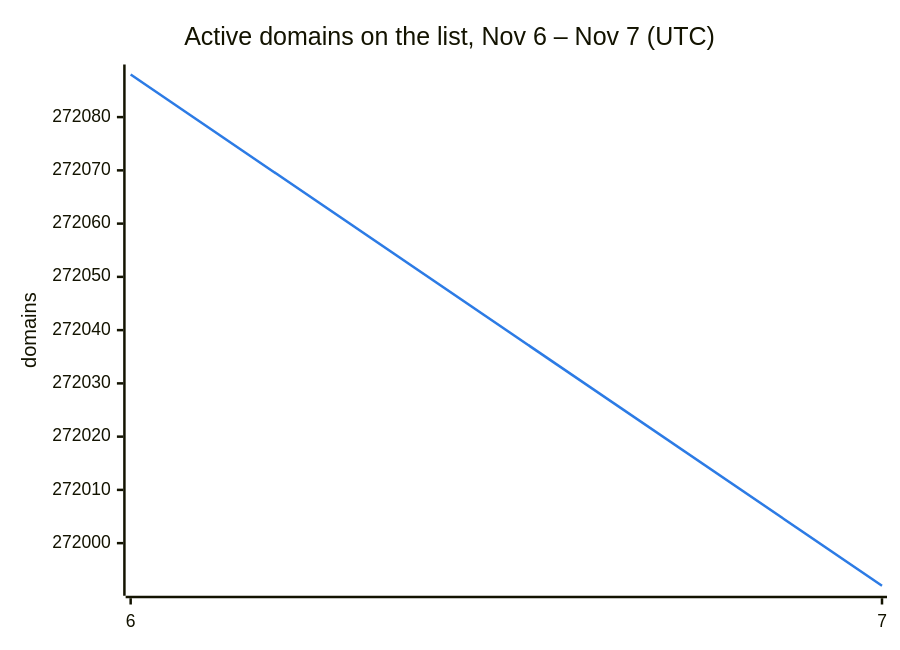
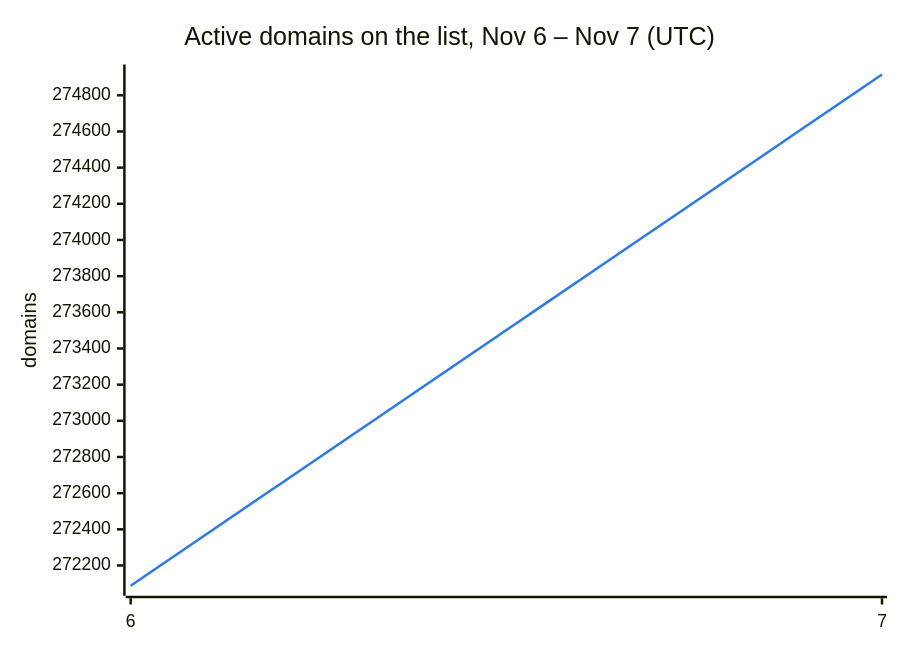
The second of 3 diagrams in README.md (DNSBunker/CTI), drawn with Mermaid before and after one commit. The commit also changed other lines of this file and 3 other files, not shown here.

````diff
--- a/README.md
+++ b/README.md
@@ -38,8 +38,8 @@
 ```mermaid
 %%{init: {"themeVariables": {"xyChart": {"plotColorPalette": "#2c7be5"}}}}%%
 xychart-beta
     title "Active domains on the list, Nov 6 – Nov 7 (UTC)"
     x-axis ["6", "7"]
     y-axis "domains"
-    line [272088, 271992]
+    line [272088, 274915]
 ```
````
